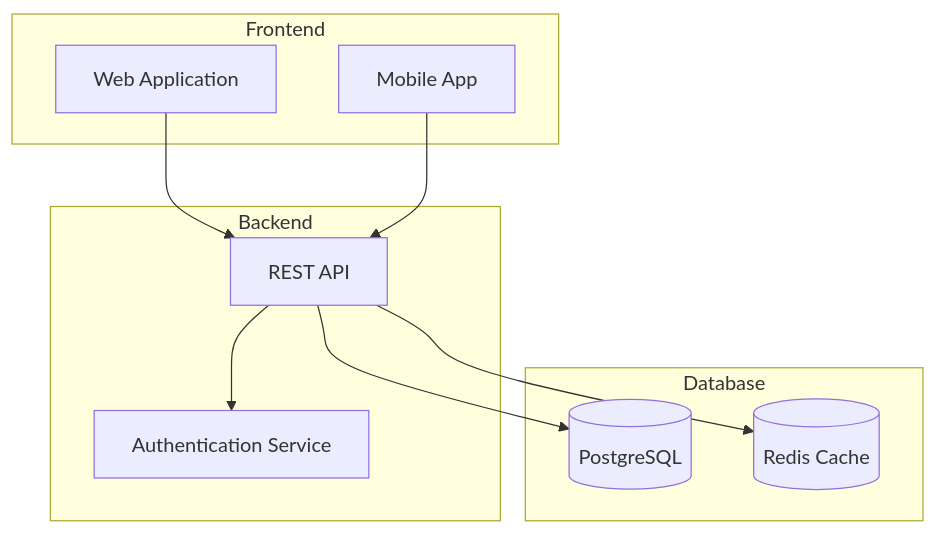
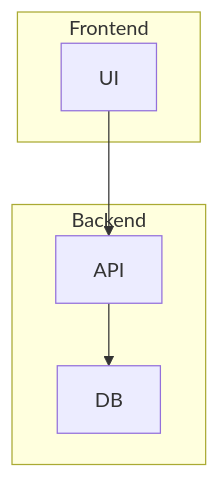
One commit to m16khb/liar-game changed diagram 12 of 12 in .claude/skills/moai-mermaid-diagram-expert/SKILL.md. Above: the diagram before and after it, drawn with Mermaid. The commit also changed other lines of this file and 129 other files, not shown here.

````diff
--- a/.claude/skills/moai-mermaid-diagram-expert/SKILL.md
+++ b/.claude/skills/moai-mermaid-diagram-expert/SKILL.md
@@ -488,21 +247,9 @@
-    ```mermaid
-    graph TB
-        subgraph "Frontend"
-            WebApp[Web Application]
-            MobileApp[Mobile App]
-        end
-        subgraph "Backend"
-            API[REST API]
-            Auth[Authentication Service]
-        end
-        subgraph "Database"
-            PostgreSQL[(PostgreSQL)]
-            Redis[(Redis Cache)]
-        end
-
-        WebApp --> API
-        MobileApp --> API
-        API --> Auth
-        API --> PostgreSQL
-        API --> Redis
-    ```
+```mermaid
+graph TB
+    subgraph Backend
+        API --> DB
+    end
+    subgraph Frontend
+        UI --> API
+    end
+```
````
